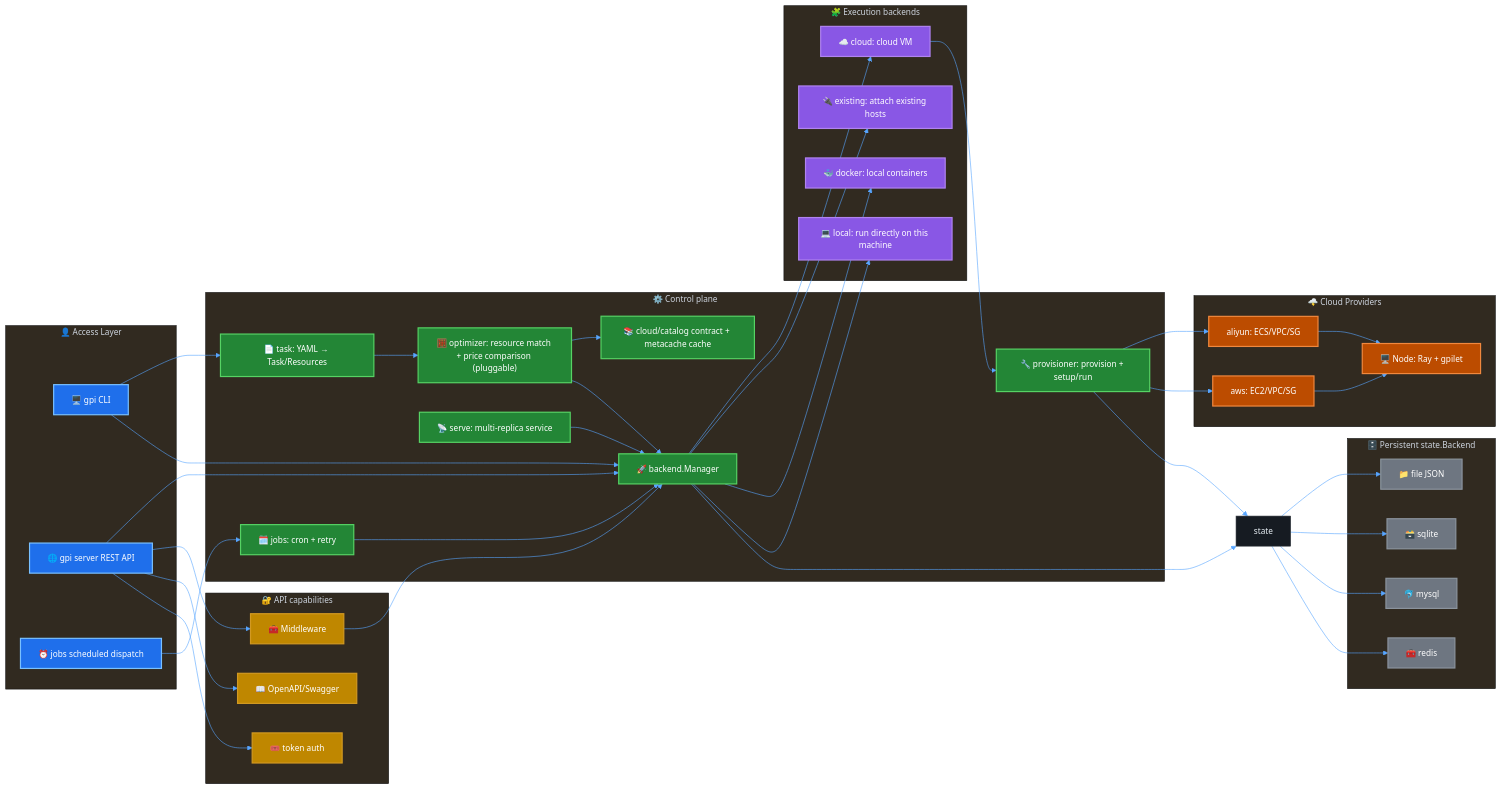
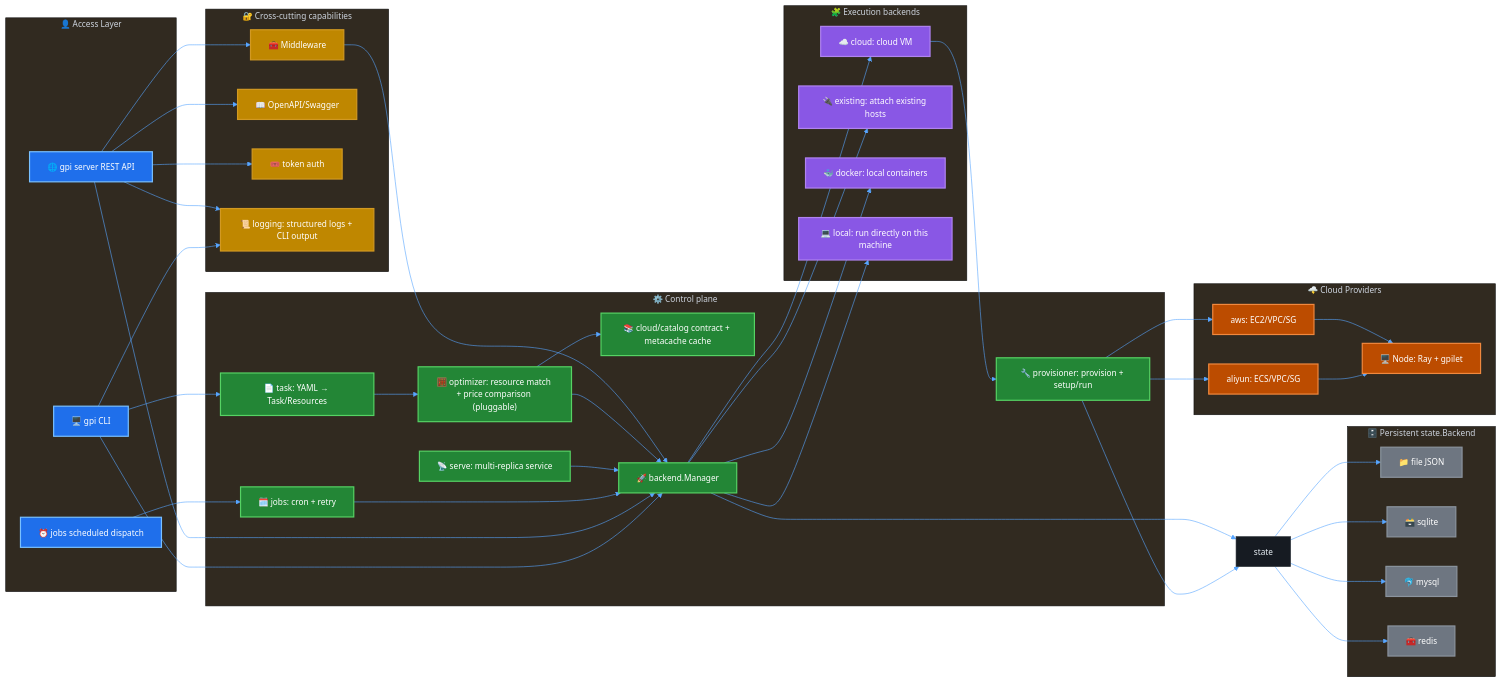
One commit to acmestack/gpi changed the first of 2 diagrams in docs/en/gpi-architecture.md. Above: the diagram before and after it, drawn with Mermaid. The commit also changed other lines of this file and 4 other files, not shown here.

First line of the commit message:
docs: fix root README relative links and add logging to architecture diagrams

````diff
--- a/docs/en/gpi-architecture.md
+++ b/docs/en/gpi-architecture.md
@@ -68,10 +68,11 @@
         redis["🧰 redis"]
     end
 
-    subgraph SERVER["🔐 API capabilities"]
+    subgraph SERVER["🔐 Cross-cutting capabilities"]
         mw["🧰 Middleware"]
         openapi["📖 OpenAPI/Swagger"]
         token["🎟️ token auth"]
+        logging["📜 logging: structured logs + CLI output"]
     end
 
     cli --> task
@@ -102,6 +103,8 @@
     api --> openapi
     api --> token
     mw --> backendM
+    cli --> logging
+    api --> logging
 
     classDef ui fill:#1f6feb,stroke:#79c0ff,color:#fff,stroke-width:2px;
     classDef core fill:#238636,stroke:#56d364,color:#fff,stroke-width:2px;
@@ -114,5 +117,5 @@
     class cloudB,existingB,dockerB,localB exec;
     class aliyun,aws,node cloud;
     class file,sqlite,mysql,redis state;
-    class mw,openapi,token srv;
+    class mw,openapi,token,logging srv;
 ```
````
